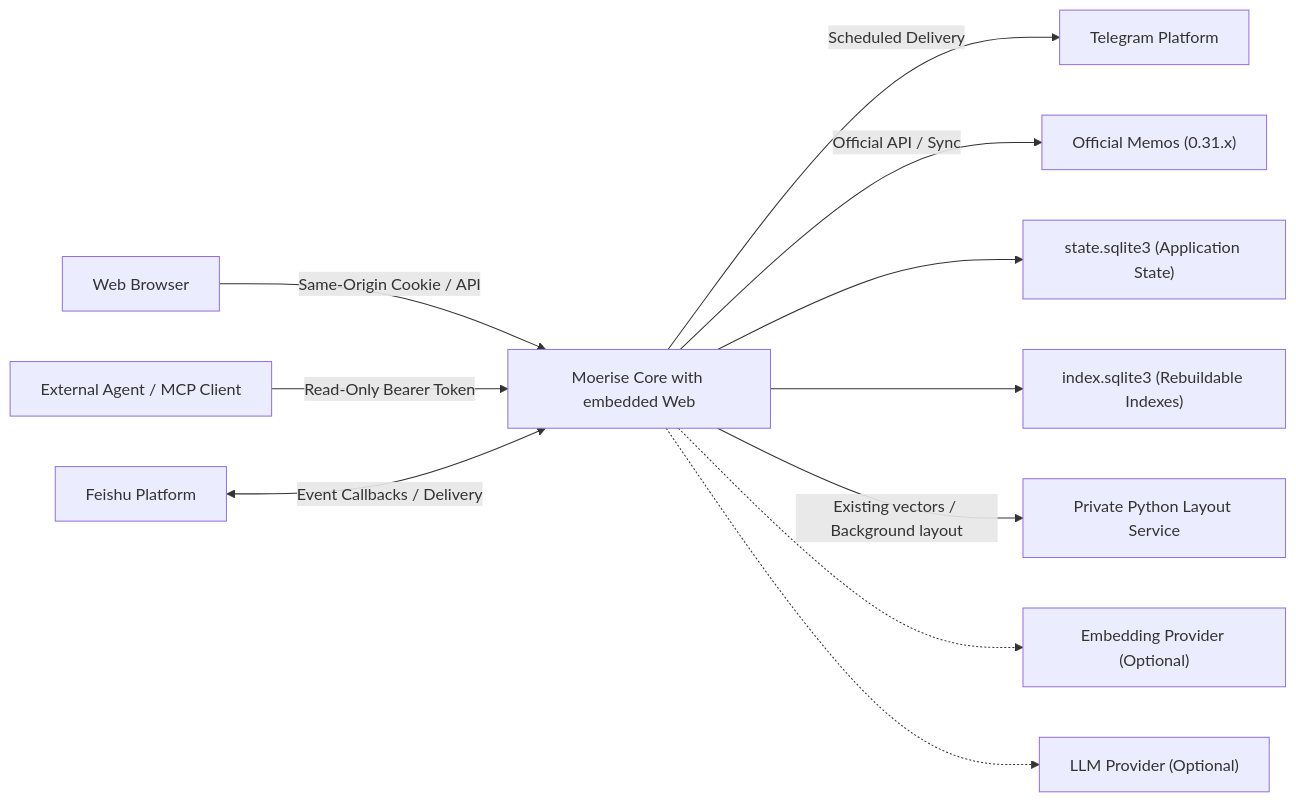
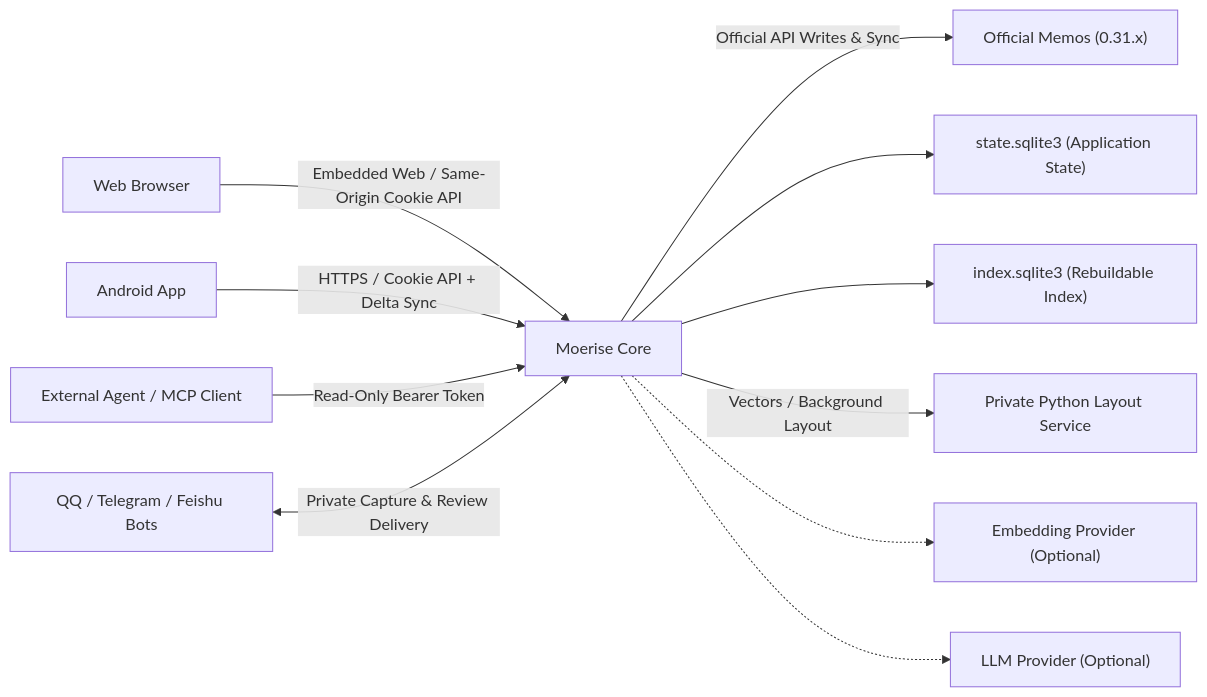
Before and after one commit to Fermin214/Moerise: the diagram in README.en.md, drawn with Mermaid. The commit also changed other lines of this file and 24 other files, not shown here.

````diff
--- a/README.en.md
+++ b/README.en.md
@@ -51,14 +26,14 @@
 ```mermaid
 flowchart LR
-    Browser["Web Browser"] -->|"Same-Origin Cookie / API"| Core["Moerise Core with embedded Web"]
+    Web["Web Browser"] -->|"Embedded Web / Same-Origin Cookie API"| Core["Moerise Core"]
+    Android["Android App"] -->|"HTTPS / Cookie API + Delta Sync"| Core
     Agent["External Agent / MCP Client"] -->|"Read-Only Bearer Token"| Core
-    Feishu["Feishu Platform"] <-->|"Event Callbacks / Delivery"| Core
-    Core -->|"Scheduled Delivery"| Telegram["Telegram Platform"]
+    Bots["QQ / Telegram / Feishu Bots"] <-->|"Private Capture & Review Delivery"| Core
 
-    Core -->|"Official API / Sync"| Memos["Official Memos (0.31.x)"]
+    Core -->|"Official API Writes & Sync"| Memos["Official Memos (0.31.x)"]
     Core --> State["state.sqlite3 (Application State)"]
-    Core --> Index["index.sqlite3 (Rebuildable Indexes)"]
-    Core -->|"Existing vectors / Background layout"| Layout["Private Python Layout Service"]
+    Core --> Index["index.sqlite3 (Rebuildable Index)"]
+    Core -->|"Vectors / Background Layout"| Layout["Private Python Layout Service"]
     Core -.-> Embedding["Embedding Provider (Optional)"]
     Core -.-> LLM["LLM Provider (Optional)"]
 ```
````
